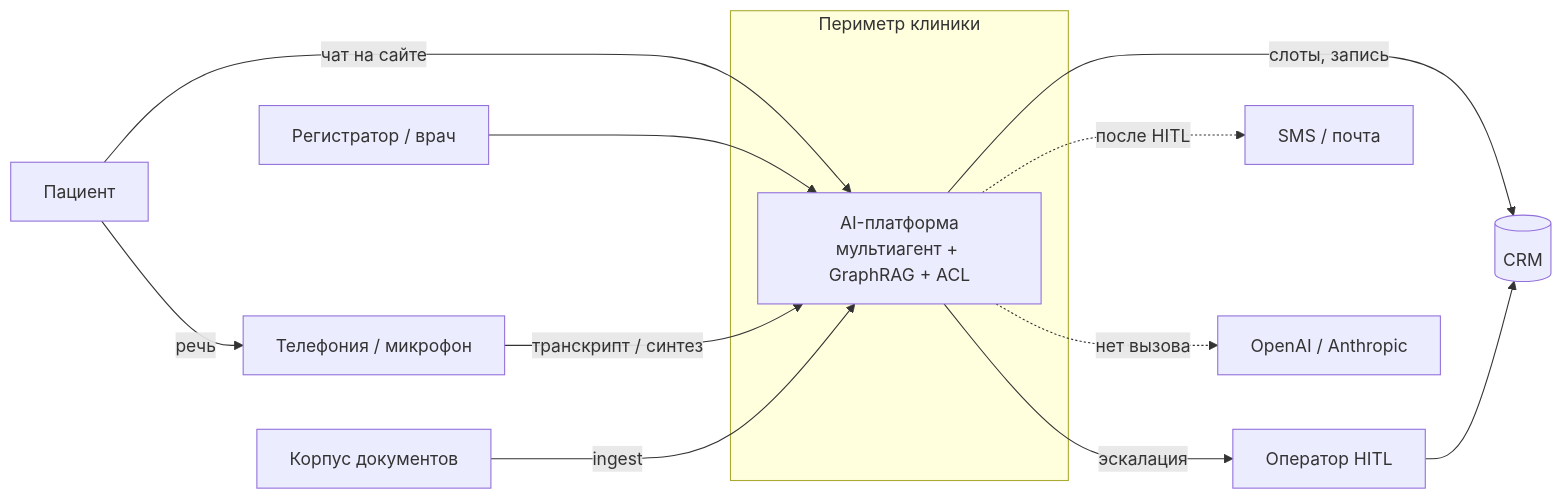
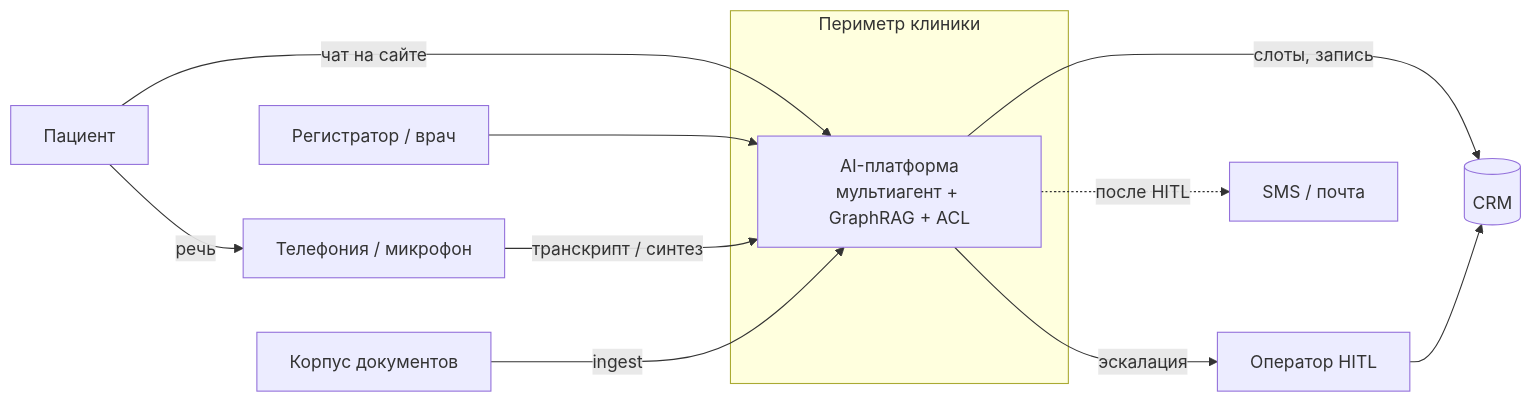
The first of 8 diagrams in final-project/README.md (divisee/otus-ai-architect), drawn with Mermaid before and after one commit. The commit also changed other lines of this file, not shown here.

Commit message:
Remove unused OpenAI and Anthropic from the context diagram.

````diff
--- a/final-project/README.md
+++ b/final-project/README.md
@@ -183,27 +183,25 @@
 ```mermaid
 flowchart LR
     patient[Пациент]
     staff[Регистратор / врач]
     operator[Оператор HITL]
 
     subgraph perimeter["Периметр клиники"]
         ai[AI-платформа<br/>мультиагент + GraphRAG + ACL]
     end
 
     telephony[Телефония / микрофон]
     crm[(CRM)]
     kb[Корпус документов]
     notify[SMS / почта]
-    ext[OpenAI / Anthropic]
 
     patient -->|речь| telephony
     patient -->|чат на сайте| ai
     staff --> ai
     telephony -->|транскрипт / синтез| ai
     kb -->|ingest| ai
     ai -->|слоты, запись| crm
     ai -->|эскалация| operator
     operator --> crm
     ai -.->|после HITL| notify
-    ai -.->|нет вызова| ext
 ```
````
